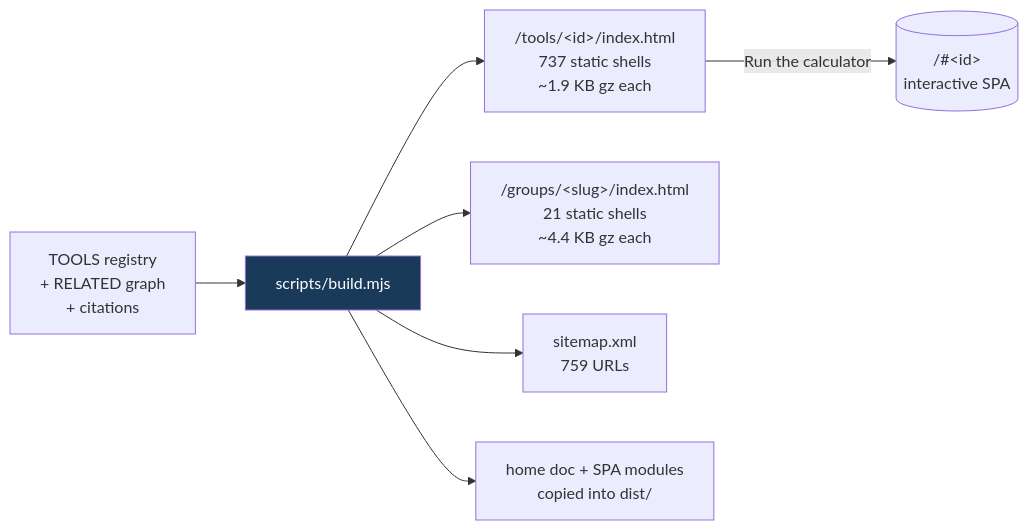
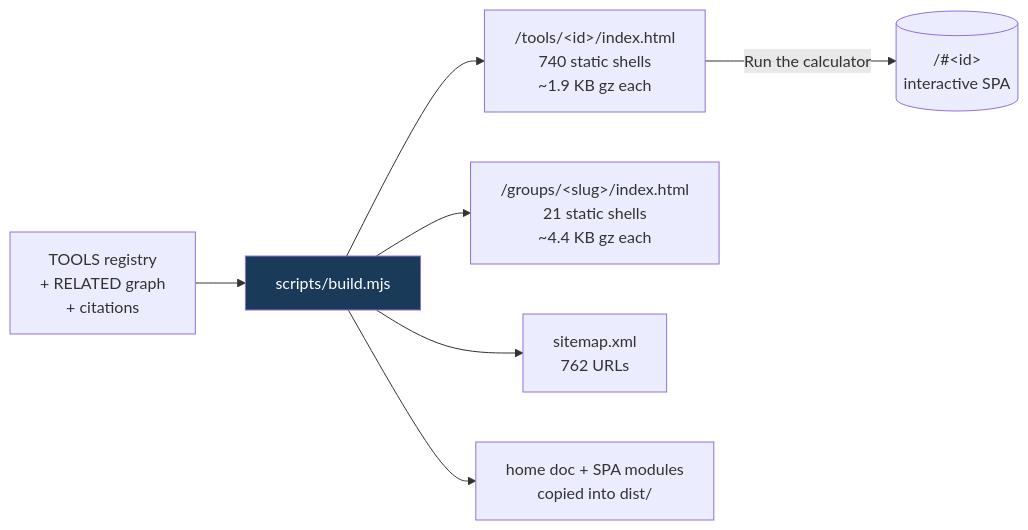
Before and after one commit to clay-good/roughlogic.com: the fifth of 8 diagrams in README.md, drawn with Mermaid. The commit also changed other lines of this file and 22 other files, not shown here.

````diff
--- a/README.md
+++ b/README.md
@@ -495,10 +495,10 @@
 ```mermaid
 flowchart LR
     SRC[TOOLS registry\n+ RELATED graph\n+ citations] --> BUILD[scripts/build.mjs]
-    BUILD --> TILE["/tools/&lt;id&gt;/index.html\n737 static shells\n~1.9 KB gz each"]
+    BUILD --> TILE["/tools/&lt;id&gt;/index.html\n740 static shells\n~1.9 KB gz each"]
     BUILD --> GROUP["/groups/&lt;slug&gt;/index.html\n21 static shells\n~4.4 KB gz each"]
-    BUILD --> MAP["sitemap.xml\n759 URLs"]
+    BUILD --> MAP["sitemap.xml\n762 URLs"]
     BUILD --> COPY[home doc + SPA modules\ncopied into dist/]
     TILE -->|Run the calculator| SPA[("/#&lt;id&gt;\ninteractive SPA")]
     style BUILD fill:#1a3a5a,color:#fff
 ```
````
